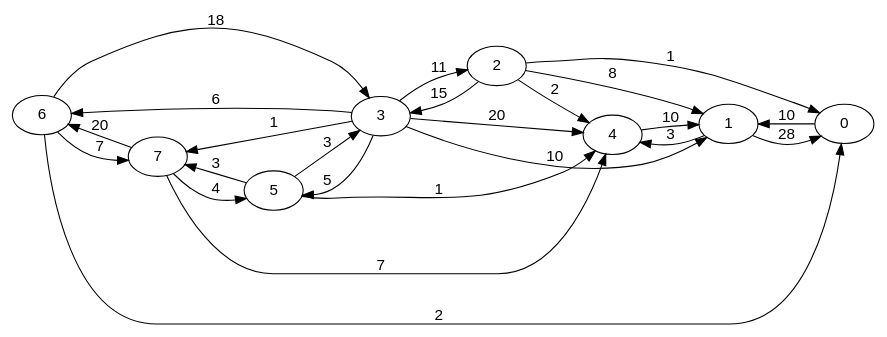
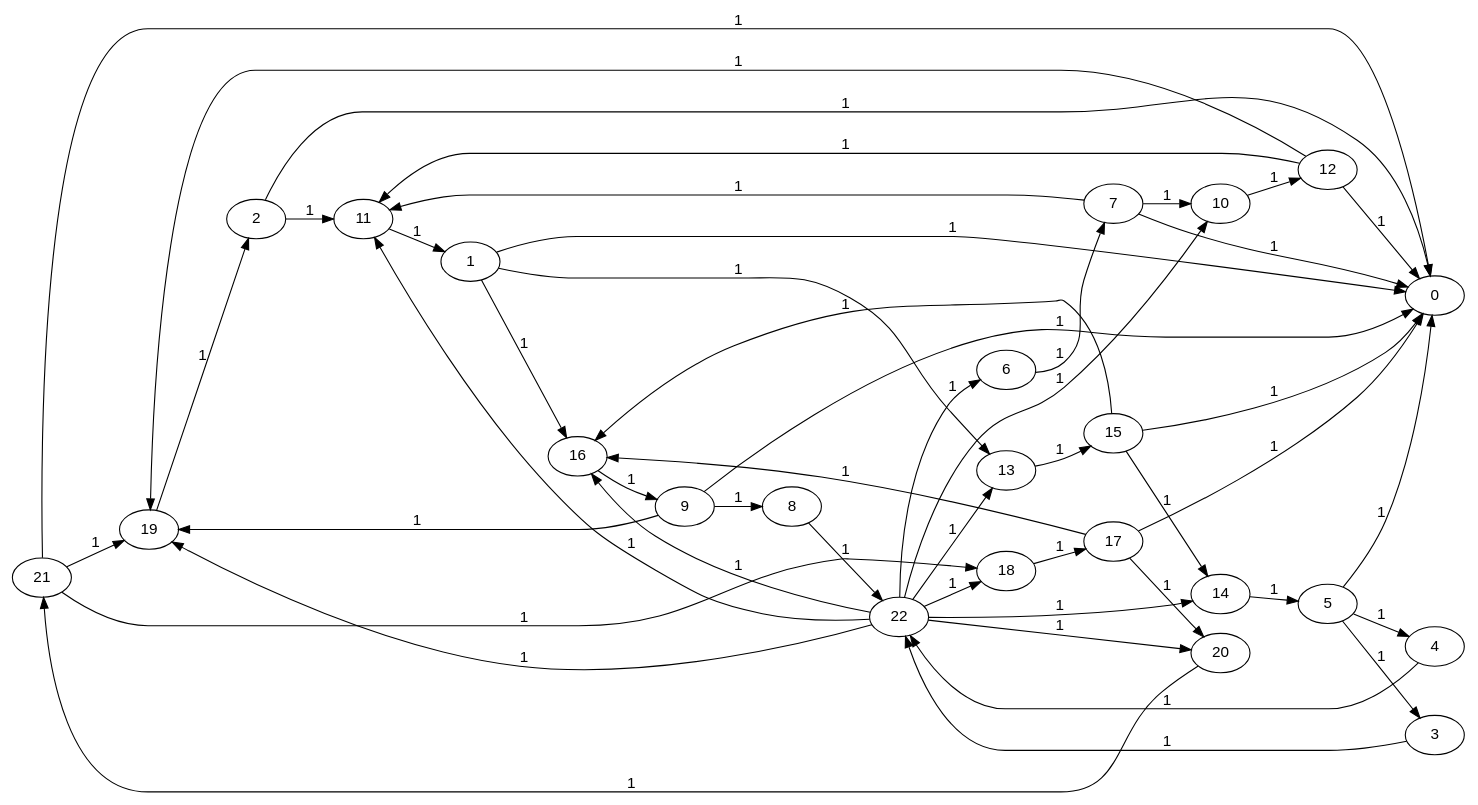
Before and after one commit to cleaesposito/ocaml-maxflow-project: the diagram in outfile.dot, drawn with Graphviz. The commit also changed 8 other files, not shown here.

```diff
--- a/outfile.dot
+++ b/outfile.dot
@@ -1,29 +1,53 @@
 digraph create_graph {
   fontname="Helvetica,Arial,sans-serif"
   node [fontname="Helvetica,Arial,sans-serif"]
   edge [fontname="Helvetica,Arial,sans-serif"]
   rankdir=LR;
-6 -> 7 [label = 7];
-6 -> 0 [label = 2];
-6 -> 3 [label = 18];
-3 -> 5 [label = 5];
-3 -> 4 [label = 20];
-3 -> 7 [label = 1];
-3 -> 6 [label = 6];
-3 -> 1 [label = 10];
-3 -> 2 [label = 11];
-1 -> 4 [label = 3];
-1 -> 0 [label = 28];
-0 -> 1 [label = 10];
-7 -> 6 [label = 20];
-7 -> 4 [label = 7];
-7 -> 5 [label = 4];
-5 -> 7 [label = 3];
-5 -> 3 [label = 3];
+21 -> 19 [label = 1];
+21 -> 18 [label = 1];
+21 -> 0 [label = 1];
+20 -> 21 [label = 1];
+6 -> 7 [label = 1];
+5 -> 0 [label = 1];
+5 -> 3 [label = 1];
 5 -> 4 [label = 1];
-4 -> 1 [label = 10];
-2 -> 3 [label = 15];
+2 -> 11 [label = 1];
 2 -> 0 [label = 1];
-2 -> 1 [label = 8];
-2 -> 4 [label = 2];
+11 -> 1 [label = 1];
+18 -> 17 [label = 1];
+17 -> 0 [label = 1];
+17 -> 16 [label = 1];
+17 -> 20 [label = 1];
+13 -> 15 [label = 1];
+15 -> 0 [label = 1];
+15 -> 16 [label = 1];
+15 -> 14 [label = 1];
+12 -> 19 [label = 1];
+12 -> 0 [label = 1];
+12 -> 11 [label = 1];
+10 -> 12 [label = 1];
+16 -> 9 [label = 1];
+9 -> 0 [label = 1];
+9 -> 19 [label = 1];
+9 -> 8 [label = 1];
+8 -> 22 [label = 1];
+7 -> 0 [label = 1];
+7 -> 10 [label = 1];
+7 -> 11 [label = 1];
+22 -> 14 [label = 1];
+22 -> 20 [label = 1];
+22 -> 19 [label = 1];
+22 -> 18 [label = 1];
+22 -> 16 [label = 1];
+22 -> 13 [label = 1];
+22 -> 11 [label = 1];
+22 -> 10 [label = 1];
+22 -> 6 [label = 1];
+14 -> 5 [label = 1];
+4 -> 22 [label = 1];
+3 -> 22 [label = 1];
+19 -> 2 [label = 1];
+1 -> 0 [label = 1];
+1 -> 13 [label = 1];
+1 -> 16 [label = 1];
 }
```
